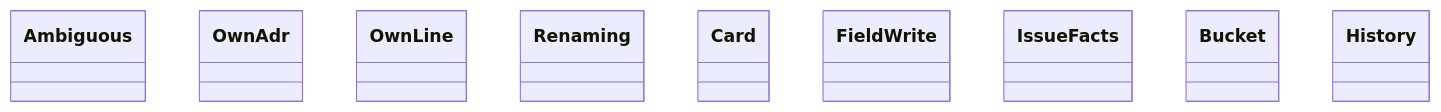
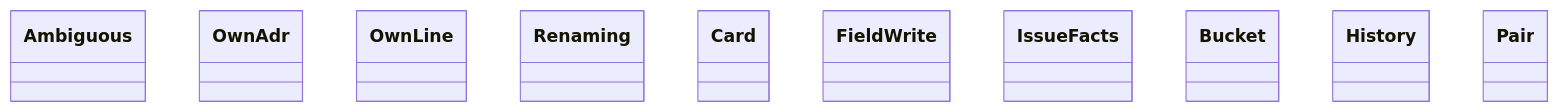
One commit to GonzaloZevallos/agentic-system changed the diagram in docs/architecture/generated/classes-process-domain-landing-1.md. Above: the diagram before and after it, drawn with Mermaid. The commit also changed 5 other files, not shown here.

First line of the commit message:
Regenerate the architecture pages for the new flake domain types

````diff
--- a/docs/architecture/generated/classes-process-domain-landing-1.md
+++ b/docs/architecture/generated/classes-process-domain-landing-1.md
@@ -21,12 +21,13 @@
 ```mermaid
 classDiagram
     class adr_numbers__Ambiguous["Ambiguous"]
     class adr_numbers__OwnAdr["OwnAdr"]
     class adr_numbers__OwnLine["OwnLine"]
     class adr_numbers__Renaming["Renaming"]
     class board__Card["Card"]
     class board__FieldWrite["FieldWrite"]
     class board__IssueFacts["IssueFacts"]
     class cost_history__Bucket["Bucket"]
     class cost_history__History["History"]
+    class cost_history__Pair["Pair"]
 ```
````
